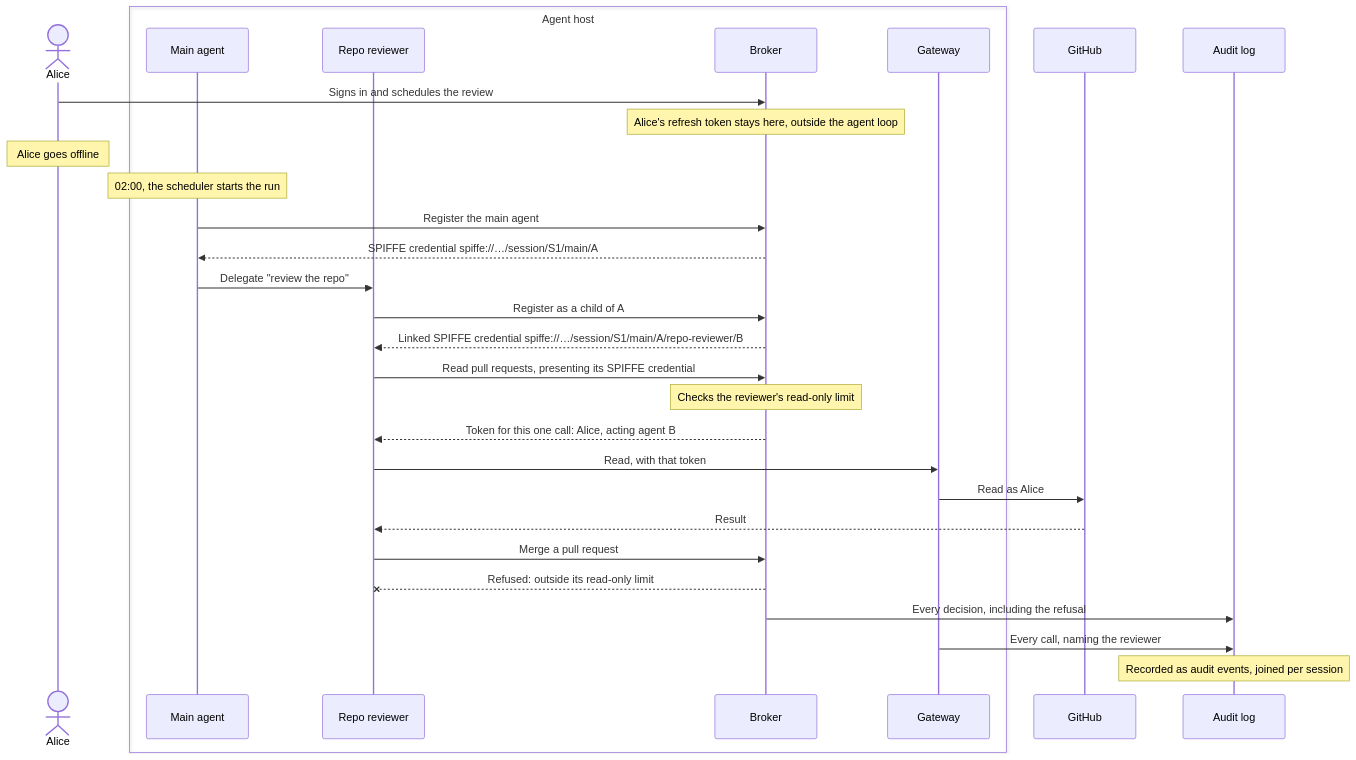
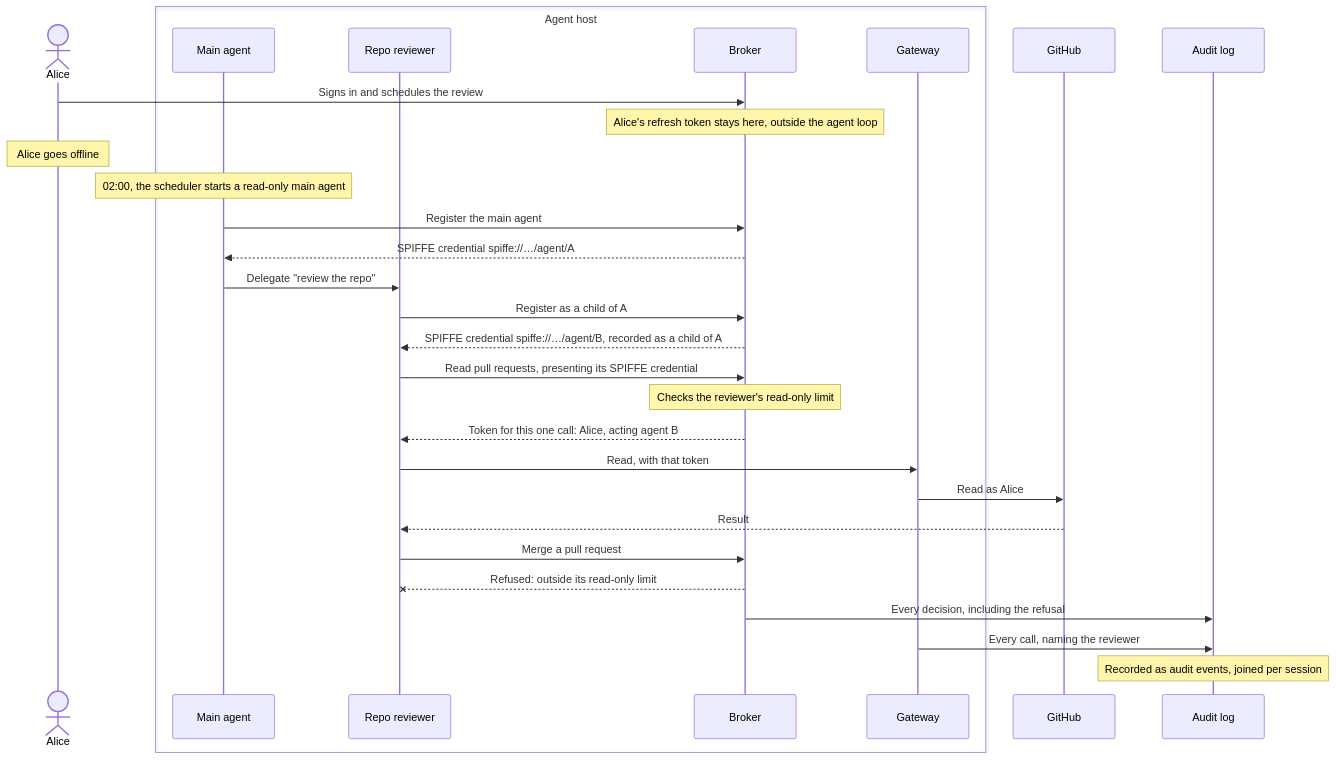
One commit to stacklok/mecatl changed the first of 2 diagrams in docs/drafts/agent-identity-demo.md. Above: the diagram before and after it, drawn with Mermaid. The commit also changed other lines of this file, not shown here.

````diff
--- a/docs/drafts/agent-identity-demo.md
+++ b/docs/drafts/agent-identity-demo.md
@@ -5,33 +5,33 @@
 ```mermaid
 sequenceDiagram
     actor Alice
     box Agent host
         participant Main as Main agent
         participant Rev as Repo reviewer
         participant Brk as Broker
         participant GW as Gateway
     end
     participant GH as GitHub
     participant Aud as Audit log
 
     Alice->>Brk: Signs in and schedules the review
     Note over Brk: Alice's refresh token stays here, outside the agent loop
     Note over Alice: Alice goes offline
-    Note over Main: 02:00, the scheduler starts the run
+    Note over Main: 02:00, the scheduler starts a read-only main agent
     Main->>Brk: Register the main agent
-    Brk-->>Main: SPIFFE credential spiffe://…/session/S1/main/A
+    Brk-->>Main: SPIFFE credential spiffe://…/agent/A
     Main->>Rev: Delegate "review the repo"
     Rev->>Brk: Register as a child of A
-    Brk-->>Rev: Linked SPIFFE credential spiffe://…/session/S1/main/A/repo-reviewer/B
+    Brk-->>Rev: SPIFFE credential spiffe://…/agent/B, recorded as a child of A
     Rev->>Brk: Read pull requests, presenting its SPIFFE credential
     Note over Brk: Checks the reviewer's read-only limit
     Brk-->>Rev: Token for this one call: Alice, acting agent B
     Rev->>GW: Read, with that token
     GW->>GH: Read as Alice
     GH-->>Rev: Result
     Rev->>Brk: Merge a pull request
     Brk--xRev: Refused: outside its read-only limit
     Brk->>Aud: Every decision, including the refusal
     GW->>Aud: Every call, naming the reviewer
     Note over Aud: Recorded as audit events, joined per session
 ```
````
